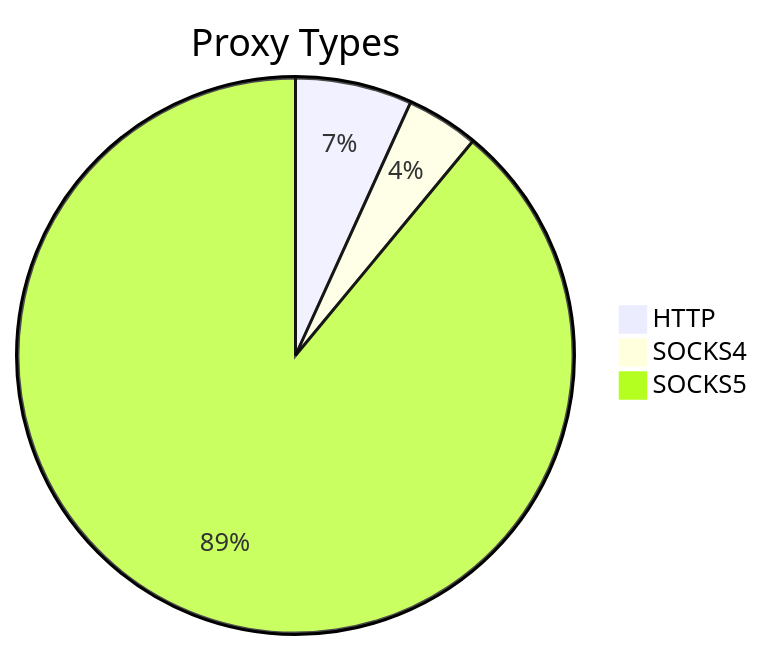
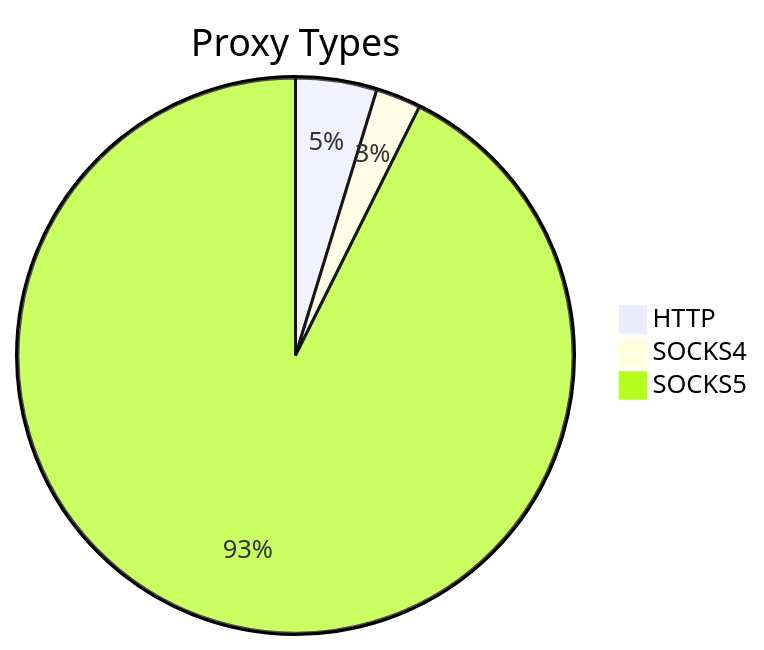
The first of 2 diagrams in README.md (stormsia/proxy-list), drawn with Mermaid before and after one commit. The commit also changed other lines of this file, not shown here.

````diff
--- a/README.md
+++ b/README.md
@@ -21,6 +21,6 @@
 ```mermaid
 pie title Proxy Types
-    "HTTP" : 134
-    "SOCKS4" : 83
-    "SOCKS5" : 1755
+    "HTTP" : 97
+    "SOCKS4" : 54
+    "SOCKS5" : 1902
 ```
````
